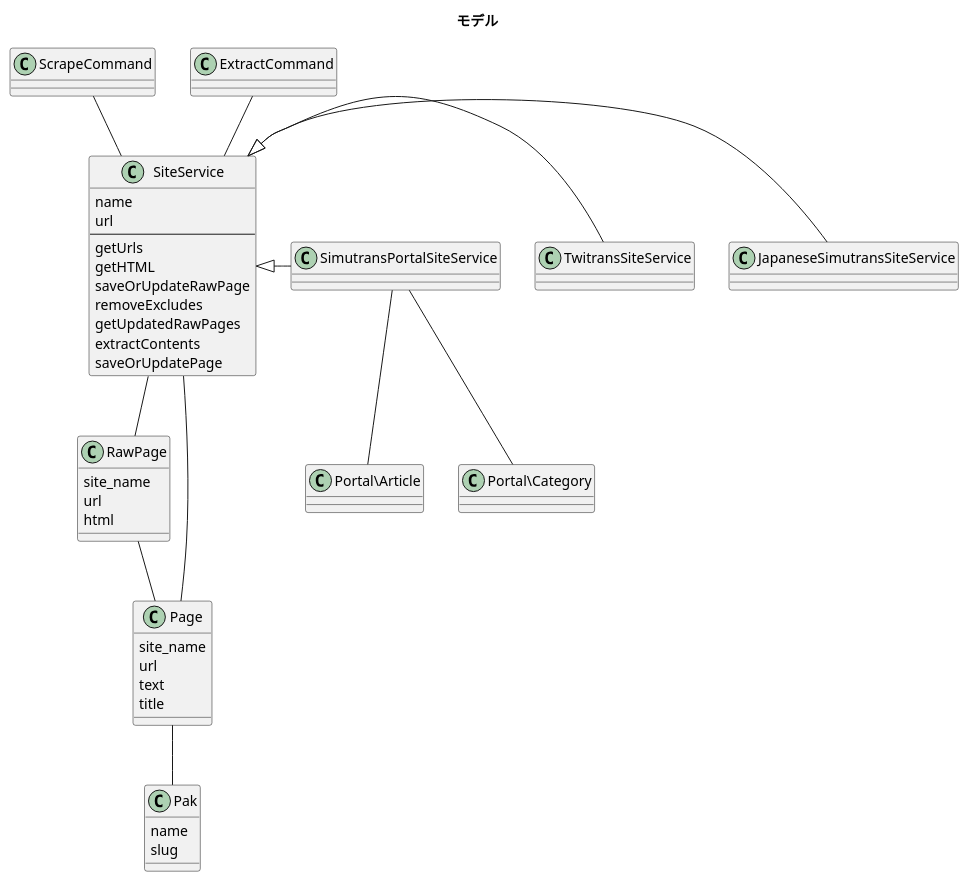
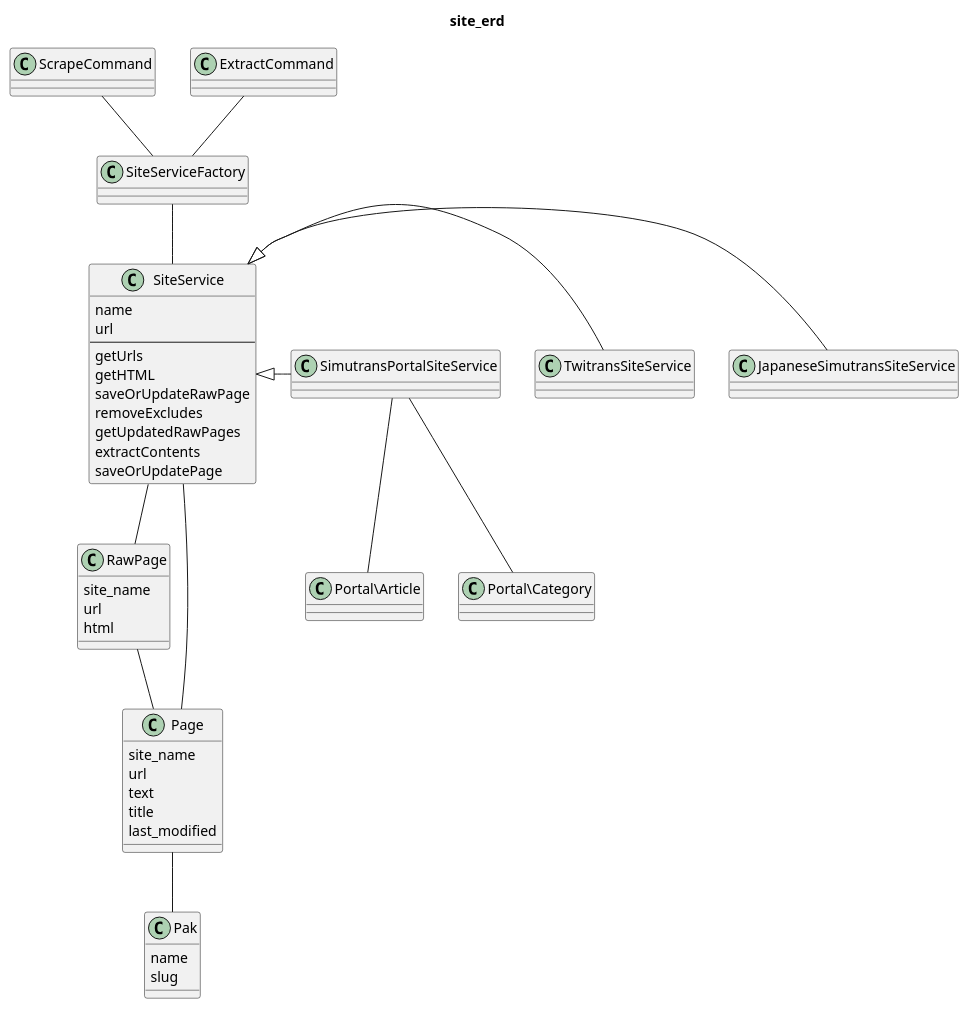
The first of 4 diagrams in docs/spec/domain.pu (128na/SimutransCrossSearch), drawn with PlantUML before and after one commit. The commit also changed other lines of this file and 14 other files, not shown here.

```diff
--- a/docs/spec/domain.pu
+++ b/docs/spec/domain.pu
@@ -1,48 +1,51 @@
 @startuml
-title モデル
+title site_erd
+class SiteServiceFactory
 class SiteService{
   name
   url
   ---
   getUrls
   getHTML
   saveOrUpdateRawPage
   removeExcludes
   getUpdatedRawPages
   extractContents
   saveOrUpdatePage
 }
+class SimutransPortalSiteService
+class JapaneseSimutransSiteService
+class TwitransSiteService
 class RawPage{
   site_name
   url
   html
 }
 class Page{
   site_name
   url
   text
   title
+  last_modified
 }
 class Pak{
   name
   slug
 }
-class SimutransPortalSiteService
-class JapaneseSimutransSiteService
-class TwitransSiteService
 class ScrapeCommand
 class ExtractCommand
 class Portal\Article
 class Portal\Category
-ScrapeCommand -- SiteService
-ExtractCommand -- SiteService
+ScrapeCommand -- SiteServiceFactory
+ExtractCommand -- SiteServiceFactory
+SiteServiceFactory -- SiteService
 SiteService -- RawPage
 SiteService -- Page
 RawPage -- Page
 Page -- Pak
 SiteService <|- JapaneseSimutransSiteService
 SiteService <|- TwitransSiteService
 SiteService <|- SimutransPortalSiteService
 SimutransPortalSiteService -- Portal\Article
 SimutransPortalSiteService -- Portal\Category
 @enduml
```
